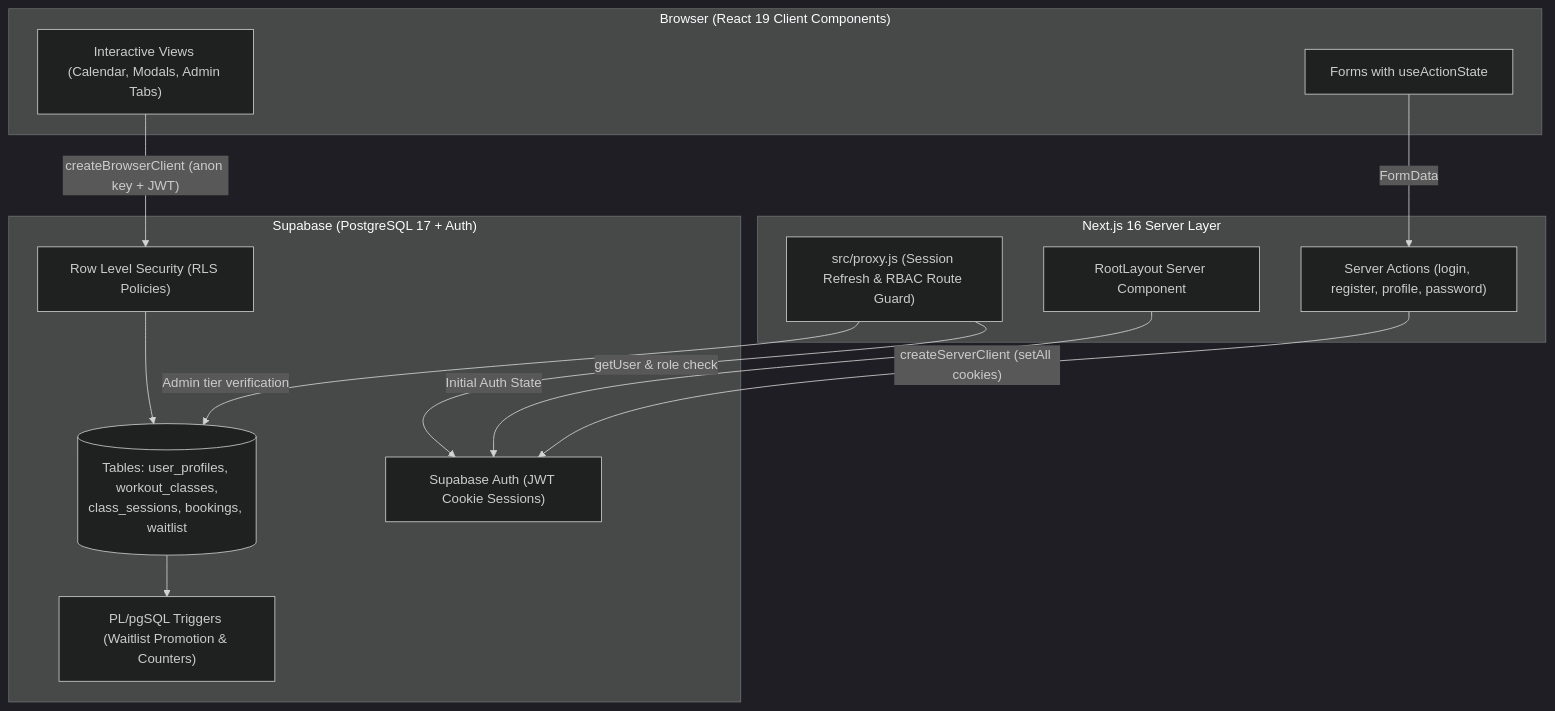
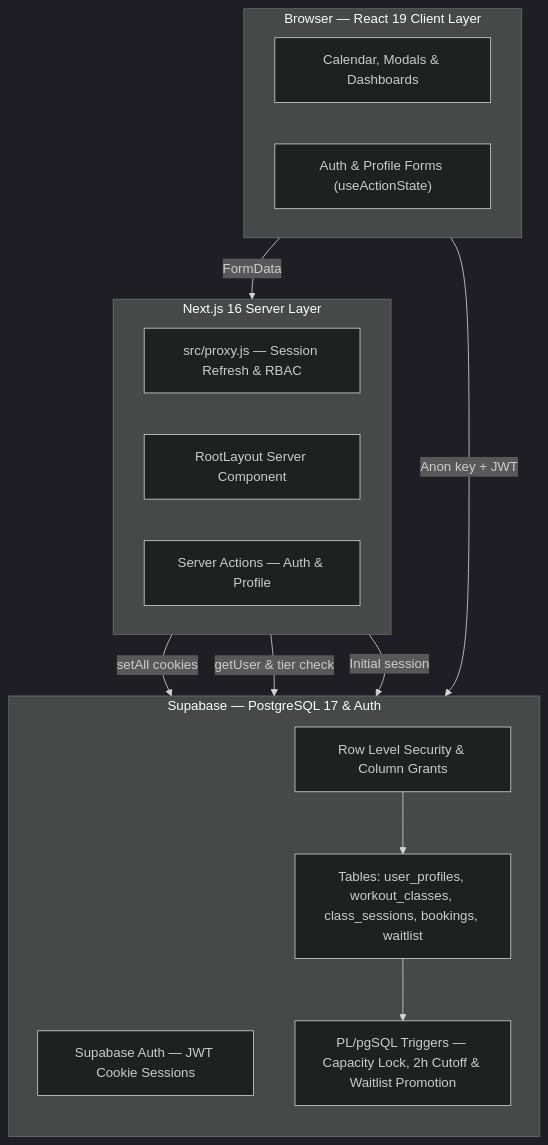
The first of 2 diagrams in README.md (Stronkestape/workout-website), drawn with Mermaid (dark theme) before and after one commit. The commit also changed other lines of this file and 12 other files, not shown here.

````diff
--- a/README.md
+++ b/README.md
@@ -30,29 +31,31 @@
 ```mermaid
-flowchart TD
-    subgraph Client["Browser (React 19 Client Components)"]
-        UI["Interactive Views (Calendar, Modals, Admin Tabs)"]
-        Forms["Forms with useActionState"]
+flowchart TB
+    subgraph Client["Browser — React 19 Client Layer"]
+        direction LR
+        UI["Calendar, Modals & Dashboards"]
+        Forms["Auth & Profile Forms (useActionState)"]
     end
 
     subgraph Edge["Next.js 16 Server Layer"]
-        Proxy["src/proxy.js (Session Refresh & RBAC Route Guard)"]
+        direction LR
+        Proxy["src/proxy.js — Session Refresh & RBAC"]
         RSC["RootLayout Server Component"]
-        SA["Server Actions (login, register, profile, password)"]
+        SA["Server Actions — Auth & Profile"]
     end
 
-    subgraph DB["Supabase (PostgreSQL 17 + Auth)"]
-        Auth["Supabase Auth (JWT Cookie Sessions)"]
-        RLS["Row Level Security (RLS Policies)"]
-        Triggers["PL/pgSQL Triggers (Waitlist Promotion & Counters)"]
-        Tables[("Tables: user_profiles, workout_classes,\nclass_sessions, bookings, waitlist")]
+    subgraph DB["Supabase — PostgreSQL 17 & Auth"]
+        direction TB
+        Auth["Supabase Auth — JWT Cookie Sessions"]
+        RLS["Row Level Security & Column Grants"]
+        Tables["Tables: user_profiles, workout_classes, class_sessions, bookings, waitlist"]
+        Triggers["PL/pgSQL Triggers — Capacity Lock, 2h Cutoff & Waitlist Promotion"]
     end
 
-    Forms -->|"FormData"| SA
-    SA -->|"createServerClient (setAll cookies)"| Auth
-    Proxy -->|"getUser & role check"| Auth
-    Proxy -->|"Admin tier verification"| Tables
-    RSC -->|"Initial Auth State"| Auth
-    UI -->|"createBrowserClient (anon key + JWT)"| RLS
+    Forms -->|FormData| SA
+    SA -->|setAll cookies| Auth
+    Proxy -->|getUser & tier check| Auth
+    RSC -->|Initial session| Auth
+    UI -->|Anon key + JWT| RLS
     RLS --> Tables
     Tables --> Triggers
 ```
````
